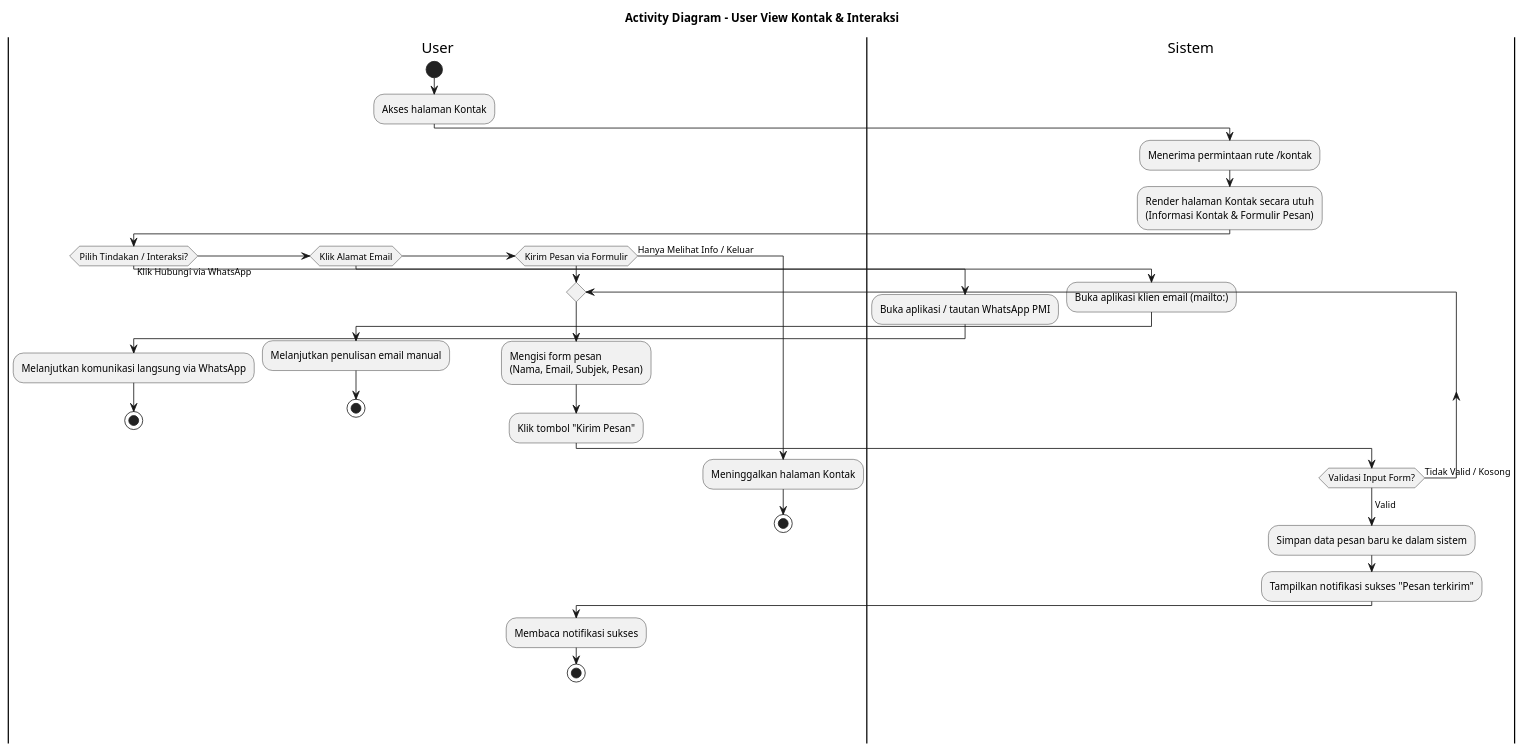
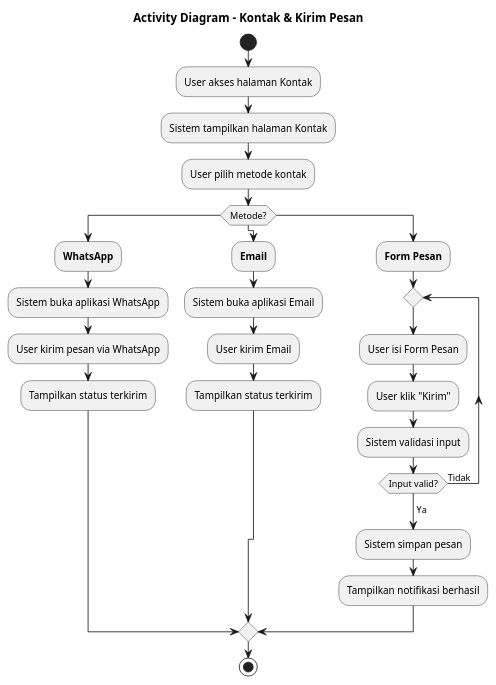
Before and after one commit to jaddu17/capstonepmikp: the diagram in diagram/activitydiagram_user_kontak.puml, drawn with PlantUML. The commit also changed 15 other files, not shown here.

Commit message:
activity diagram user

```diff
--- a/diagram/activitydiagram_user_kontak.puml
+++ b/diagram/activitydiagram_user_kontak.puml
@@ -1,50 +1,36 @@
-@startuml ACTIVITY_DIAGRAM_USER_KONTAK_REVISI
-title Activity Diagram - User View Kontak & Interaksi
+@startuml ACTIVITY_DIAGRAM_USER_KONTAK
+title Activity Diagram - Kontak & Kirim Pesan
 
-|User|
 start
-:Akses halaman Kontak;
+:User akses halaman Kontak;
+:Sistem tampilkan halaman Kontak;
+:User pilih metode kontak;
 
-|Sistem|
-:Menerima permintaan rute /kontak;
-:Render halaman Kontak secara utuh\n(Informasi Kontak & Formulir Pesan);
+switch (Metode?)
+case ()
+    :**WhatsApp**;
+    :Sistem buka aplikasi WhatsApp;
+    :User kirim pesan via WhatsApp;
+    :Tampilkan status terkirim;
 
-|User|
-if (Pilih Tindakan / Interaksi?) then (Klik Hubungi via WhatsApp)
-  |Sistem|
-  :Buka aplikasi / tautan WhatsApp PMI;
-  |User|
-  :Melanjutkan komunikasi langsung via WhatsApp;
-  stop
+case ()
+    :**Email**;
+    :Sistem buka aplikasi Email;
+    :User kirim Email;
+    :Tampilkan status terkirim;
 
-else if (Klik Alamat Email)
-  |Sistem|
-  :Buka aplikasi klien email (mailto:);
-  |User|
-  :Melanjutkan penulisan email manual;
-  stop
+case ()
+    :**Form Pesan**;
+    repeat
+        :User isi Form Pesan;
+        :User klik "Kirim";
+        :Sistem validasi input;
+    repeat while (Input valid?) is (Tidak)
+    ->Ya;
+    :Sistem simpan pesan;
+    :Tampilkan notifikasi berhasil;
 
-else if (Kirim Pesan via Formulir)
-  repeat
-    |User|
-    :Mengisi form pesan\n(Nama, Email, Subjek, Pesan);
-    :Klik tombol "Kirim Pesan";
-    
-    |Sistem|
-  repeat while (Validasi Input Form?) is (Tidak Valid / Kosong)
-  ->Valid;
-  
-  |Sistem|
-  :Simpan data pesan baru ke dalam sistem;
-  :Tampilkan notifikasi sukses "Pesan terkirim";
-  |User|
-  :Membaca notifikasi sukses;
-  stop
+endswitch
 
-else (Hanya Melihat Info / Keluar)
-  |User|
-  :Meninggalkan halaman Kontak;
-  stop
-endif
-
+stop
 @enduml
```
